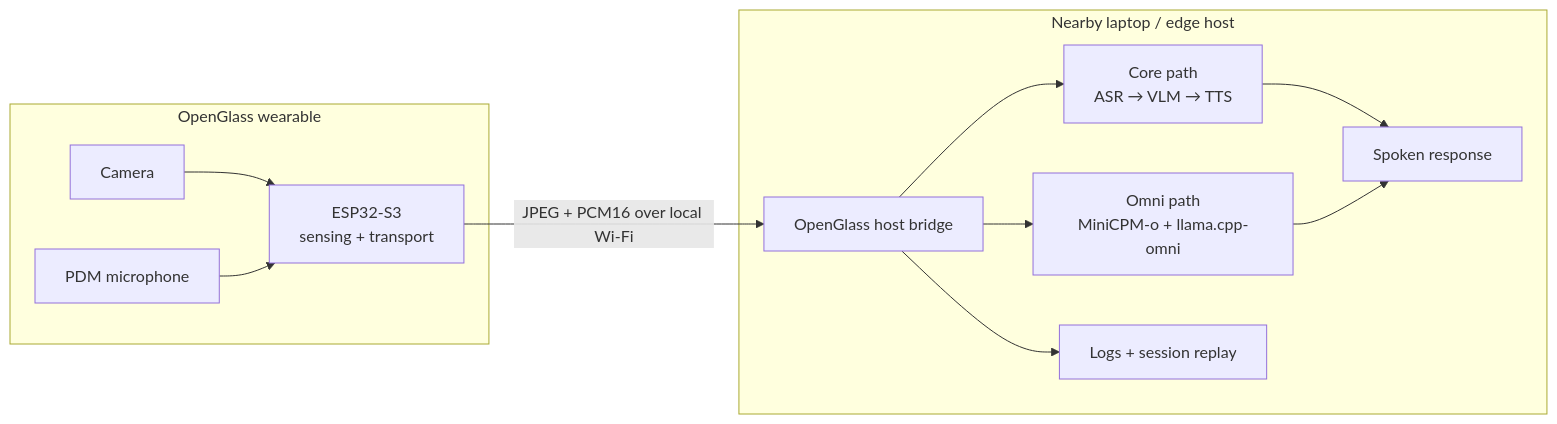
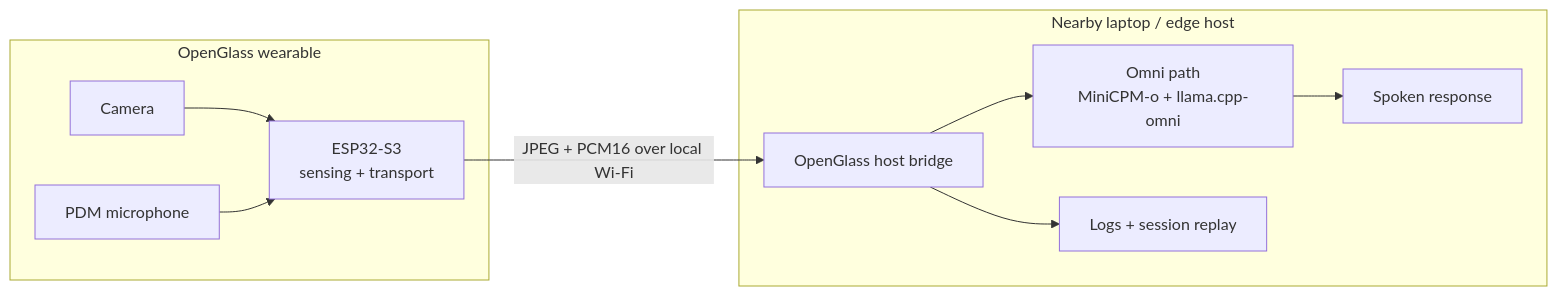
Before and after one commit to OpenSQZ/OpenGlass: the diagram in README.md, drawn with Mermaid. The commit also changed other lines of this file and 8 other files, not shown here.

````diff
--- a/README.md
+++ b/README.md
@@ -48,17 +47,15 @@
 ```mermaid
 flowchart LR
   subgraph G["OpenGlass wearable"]
     CAM["Camera"] --> ESP["ESP32-S3\nsensing + transport"]
     MIC["PDM microphone"] --> ESP
   end
 
   ESP -->|"JPEG + PCM16 over local Wi-Fi"| BRIDGE["OpenGlass host bridge"]
 
   subgraph H["Nearby laptop / edge host"]
-    BRIDGE --> CORE["Core path\nASR → VLM → TTS"]
     BRIDGE --> OMNI["Omni path\nMiniCPM-o + llama.cpp-omni"]
-    CORE --> OUT["Spoken response"]
-    OMNI --> OUT
+    OMNI --> OUT["Spoken response"]
     BRIDGE --> SESSION["Logs + session replay"]
   end
 ```
````
